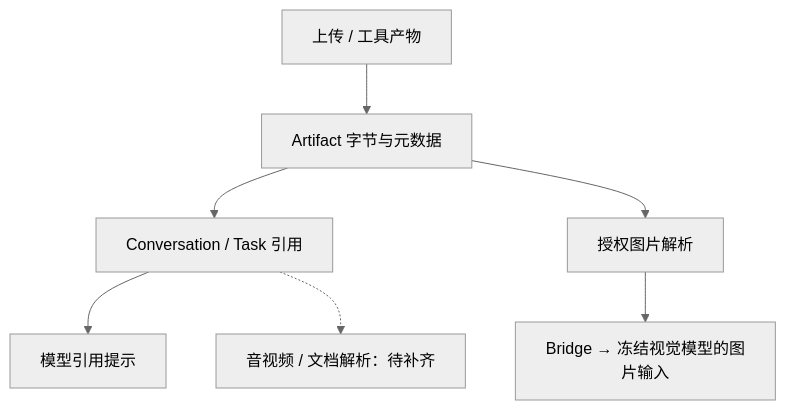
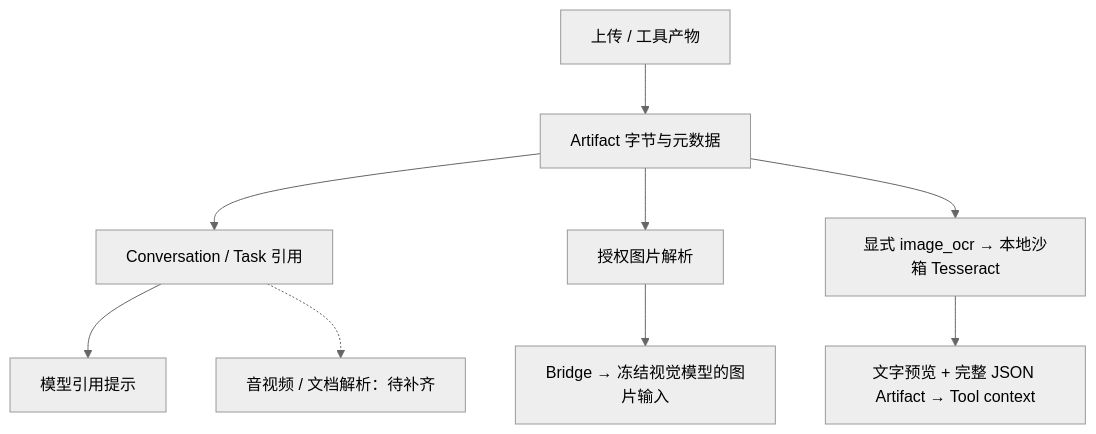
Before and after one commit to z-chenhao/assistant: the first of 2 diagrams in docs/designs/artifacts-media.md, drawn with Mermaid (neutral theme). The commit also changed other lines of this file and 33 other files, not shown here.

First line of the commit message:
feat: extend F-013 with offline image OCR (#104)

````diff
--- a/docs/designs/artifacts-media.md
+++ b/docs/designs/artifacts-media.md
@@ -11,9 +11,11 @@
 ```mermaid
 flowchart TD
     U["上传 / 工具产物"] --> A["Artifact 字节与元数据"]
     A --> C["Conversation / Task 引用"]
     C --> M["模型引用提示"]
     A --> I["授权图片解析"]
     I --> B["Bridge → 冻结视觉模型的图片输入"]
+    A --> O["显式 image_ocr → 本地沙箱 Tesseract"]
+    O --> T["文字预览 + 完整 JSON Artifact → Tool context"]
     C -.-> P["音视频 / 文档解析：待补齐"]
 ```
````
